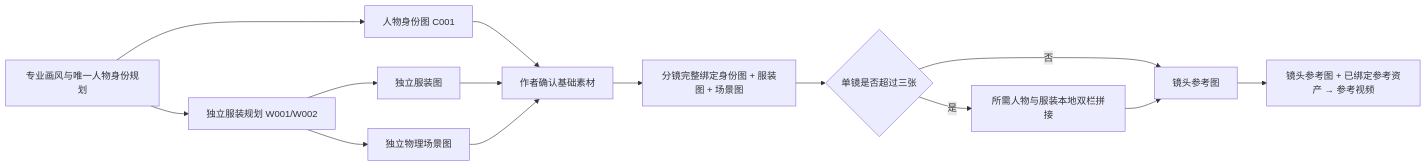
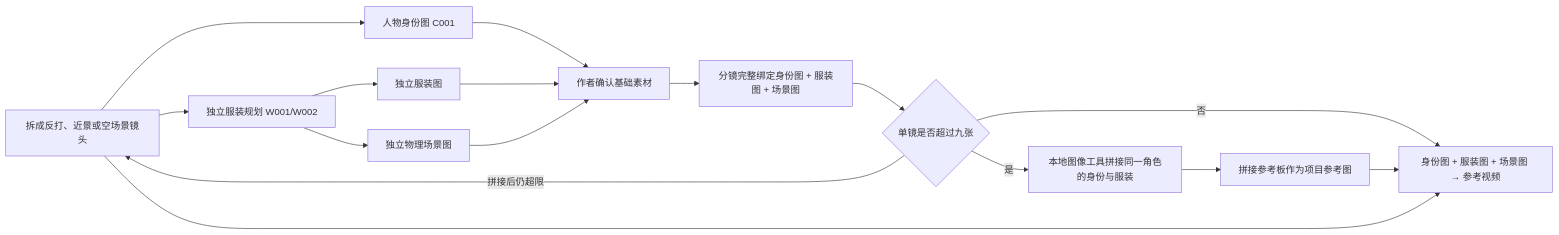
The diagram in docs/asset-identity-workflow.md (Aoike123/Storyloom), drawn with Mermaid before and after one commit. The commit also changed other lines of this file and 63 other files, not shown here.

````diff
--- a/docs/asset-identity-workflow.md
+++ b/docs/asset-identity-workflow.md
@@ -7,16 +7,18 @@
 ```mermaid
 flowchart LR
   S[专业画风与唯一人物身份规划] --> I[人物身份图 C001]
   S --> W[独立服装规划 W001/W002]
   W --> C[独立服装图]
   W --> E[独立物理场景图]
   I --> R[作者确认基础素材]
   C --> R
   E --> R
   R --> B[分镜完整绑定身份图 + 服装图 + 场景图]
-  B --> L{单镜是否超过三张}
-  L -->|否| Q[镜头参考图]
-  L -->|是| P[所需人物与服装本地双栏拼接]
-  P --> Q
-  Q --> V[镜头参考图 + 已绑定参考资产 → 参考视频]
+  B --> L{单镜是否超过九张}
+  L -->|否| V[身份图 + 服装图 + 场景图 → 参考视频]
+  L -->|是| P[本地图像工具拼接同一角色的身份与服装]
+  P --> Q[拼接参考板作为项目参考图]
+  Q --> V
+  L -->|拼接后仍超限| S[拆成反打、近景或空场景镜头]
+  S --> V
 ```
````
